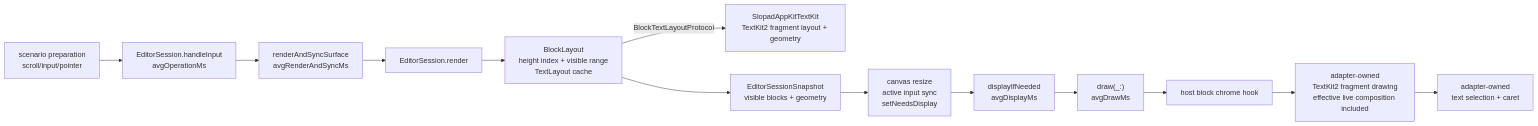
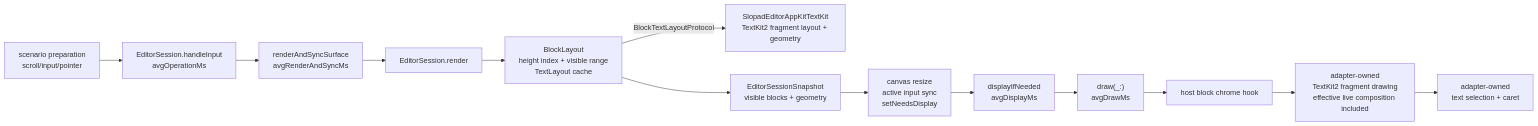
The diagram in docs/APPKIT_UI_BENCHMARK_RESULTS.md (hot666666/SlopadEditor), drawn with Mermaid before and after one commit. The commit also changed other lines of this file and 743 other files, not shown here.

First line of the commit message:
refactor: complete SlopadEditor package rename (#89)

````diff
--- a/docs/APPKIT_UI_BENCHMARK_RESULTS.md
+++ b/docs/APPKIT_UI_BENCHMARK_RESULTS.md
@@ -24,21 +24,21 @@
 ```mermaid
 flowchart LR
     Scenario["scenario preparation<br/>scroll/input/pointer"]
     Operation["EditorSession.handleInput<br/>avgOperationMs"]
     RenderSync["renderAndSyncSurface<br/>avgRenderAndSyncMs"]
     Render["EditorSession.render"]
     Layout["BlockLayout<br/>height index + visible range<br/>TextLayout cache"]
-    TextBackend["SlopadAppKitTextKit<br/>TextKit2 fragment layout + geometry"]
+    TextBackend["SlopadEditorAppKitTextKit<br/>TextKit2 fragment layout + geometry"]
     Snapshot["EditorSessionSnapshot<br/>visible blocks + geometry"]
     Surface["canvas resize<br/>active input sync<br/>setNeedsDisplay"]
     Display["displayIfNeeded<br/>avgDisplayMs"]
     Draw["draw(_:)<br/>avgDrawMs"]
     Chrome["host block chrome hook"]
     TextDraw["adapter-owned<br/>TextKit2 fragment drawing<br/>effective live composition included"]
     Decoration["adapter-owned<br/>text selection + caret"]
 
     Scenario --> Operation --> RenderSync
     RenderSync --> Render --> Layout --> Snapshot --> Surface
     Layout -->|"BlockTextLayoutProtocol"| TextBackend
     Surface --> Display --> Draw --> Chrome --> TextDraw --> Decoration
 ```
````
